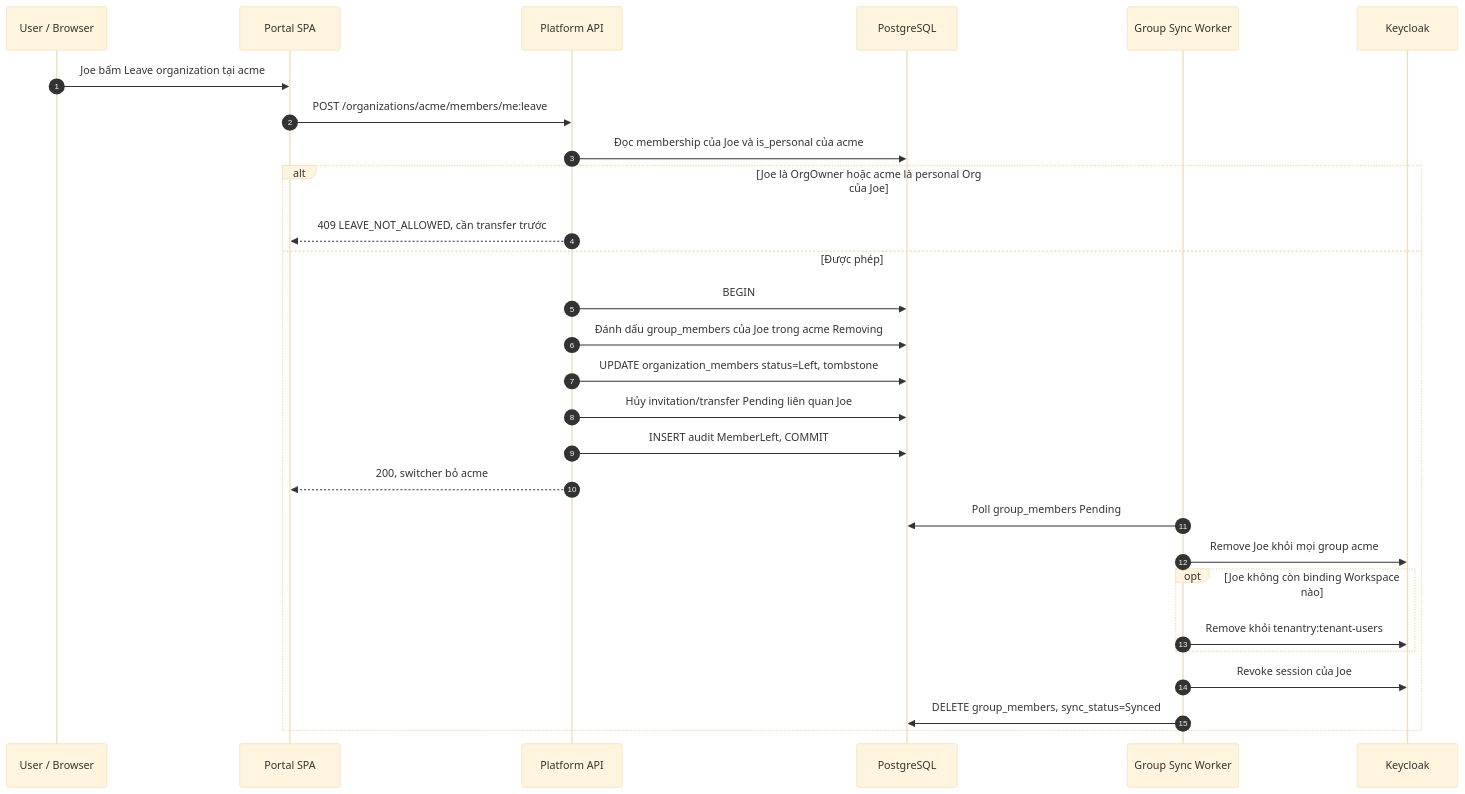
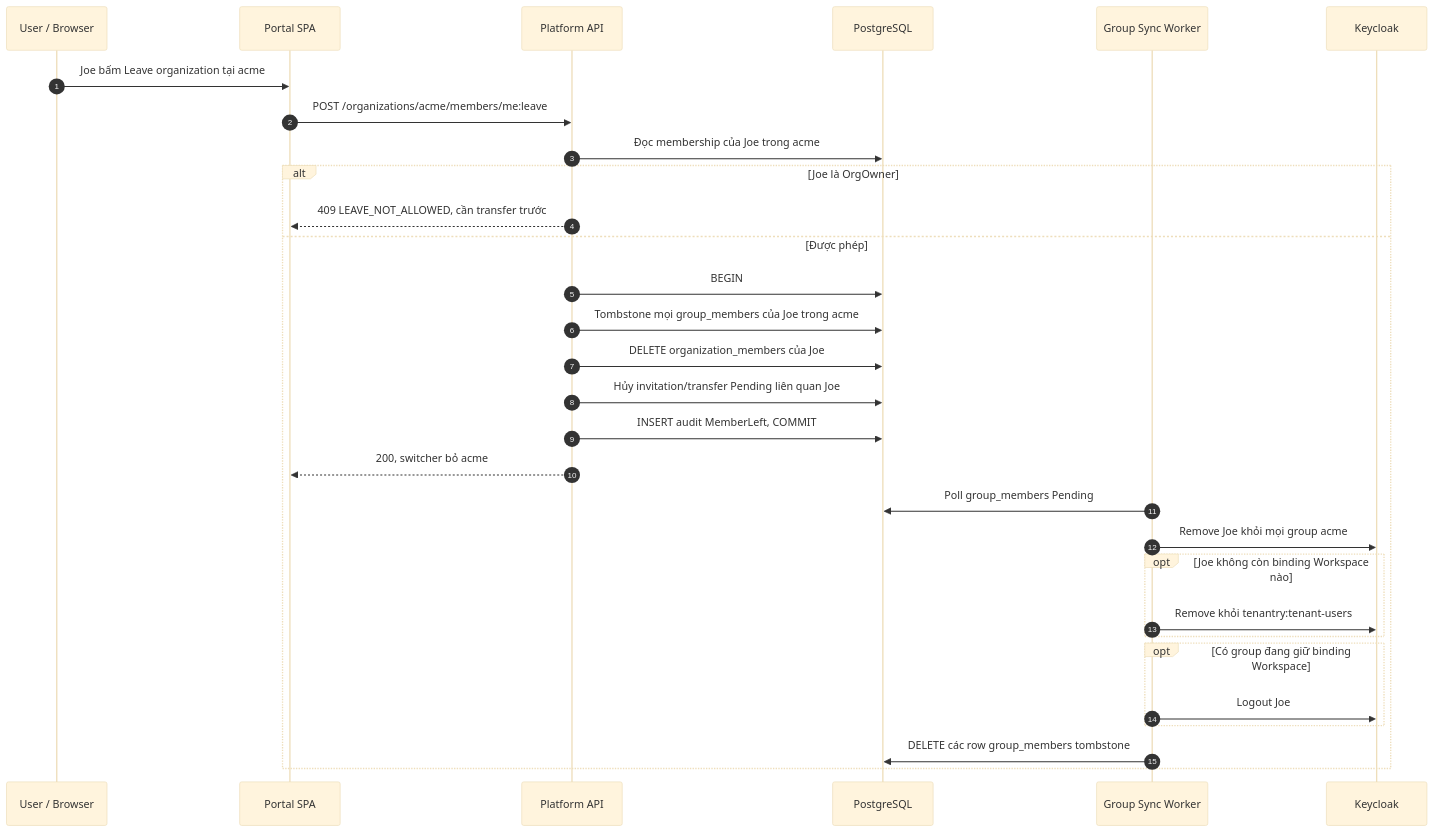
One commit to thaihoc1310/tenantry changed diagram 16 of 19 in docs/architecture/03-flows.md. Above: the diagram before and after it, drawn with Mermaid (base theme). The commit also changed other lines of this file and 12 other files, not shown here.

Commit message:
docs: single-source the docs, tie portal sessions to Keycloak, tombstone group sync

````diff
--- a/docs/architecture/03-flows.md
+++ b/docs/architecture/03-flows.md
@@ -876,31 +932,33 @@
 ```mermaid
 sequenceDiagram
   autonumber
   participant U as User / Browser
   participant SPA as Portal SPA
   participant API as Platform API
   participant DB as PostgreSQL
   participant GS as Group Sync Worker
   participant KC as Keycloak
 
   U->>SPA: Joe bấm Leave organization tại acme
   SPA->>API: POST /organizations/acme/members/me:leave
-  API->>DB: Đọc membership của Joe và is_personal của acme
-  alt Joe là OrgOwner hoặc acme là personal Org của Joe
+  API->>DB: Đọc membership của Joe trong acme
+  alt Joe là OrgOwner
     API-->>SPA: 409 LEAVE_NOT_ALLOWED, cần transfer trước
   else Được phép
     API->>DB: BEGIN
-    API->>DB: Đánh dấu group_members của Joe trong acme Removing
-    API->>DB: UPDATE organization_members status=Left, tombstone
+    API->>DB: Tombstone mọi group_members của Joe trong acme
+    API->>DB: DELETE organization_members của Joe
     API->>DB: Hủy invitation/transfer Pending liên quan Joe
     API->>DB: INSERT audit MemberLeft, COMMIT
     API-->>SPA: 200, switcher bỏ acme
     GS->>DB: Poll group_members Pending
     GS->>KC: Remove Joe khỏi mọi group acme
     opt Joe không còn binding Workspace nào
       GS->>KC: Remove khỏi tenantry:tenant-users
     end
-    GS->>KC: Revoke session của Joe
-    GS->>DB: DELETE group_members, sync_status=Synced
+    opt Có group đang giữ binding Workspace
+      GS->>KC: Logout Joe
+    end
+    GS->>DB: DELETE các row group_members tombstone
   end
 ```
````
